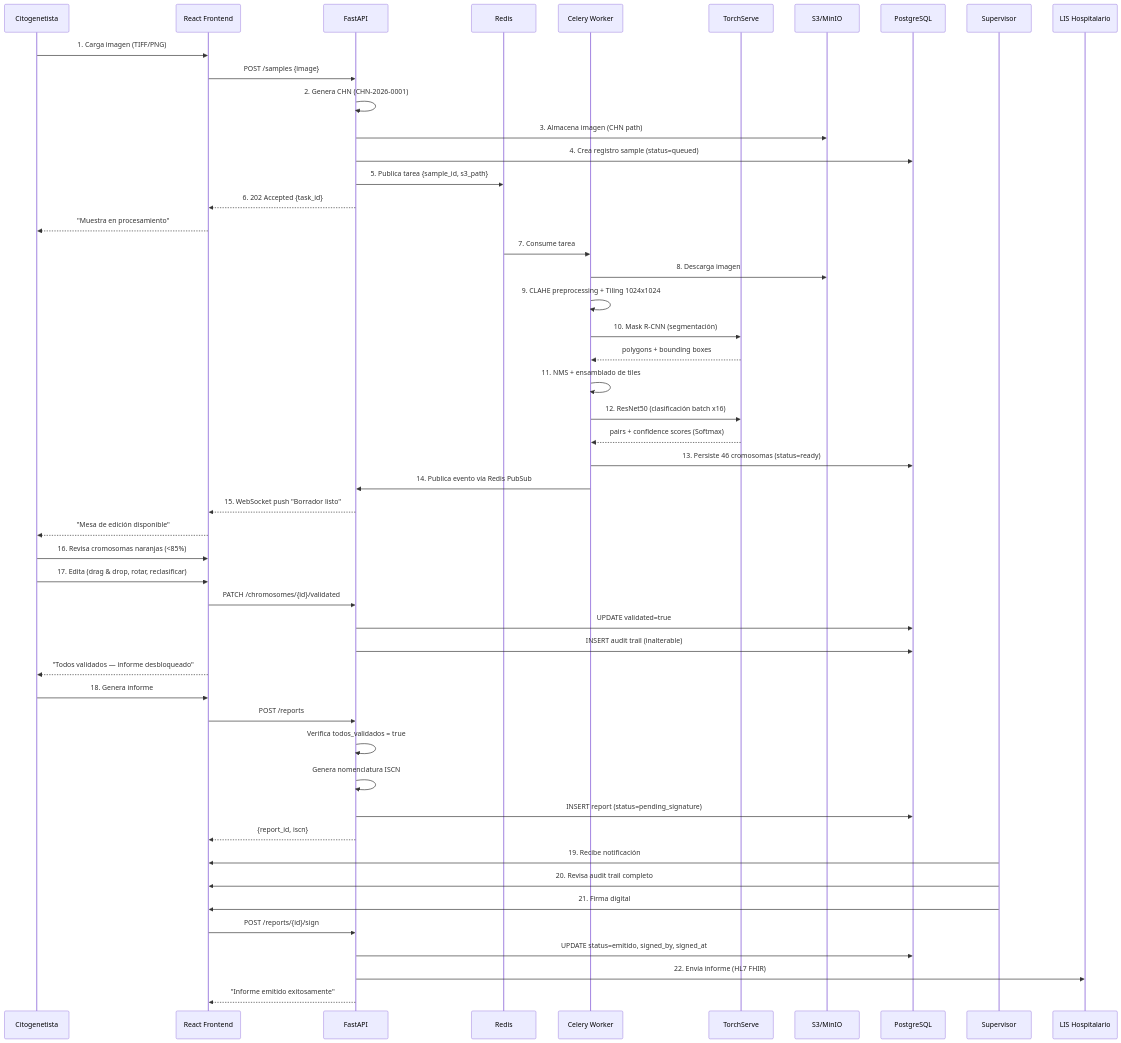
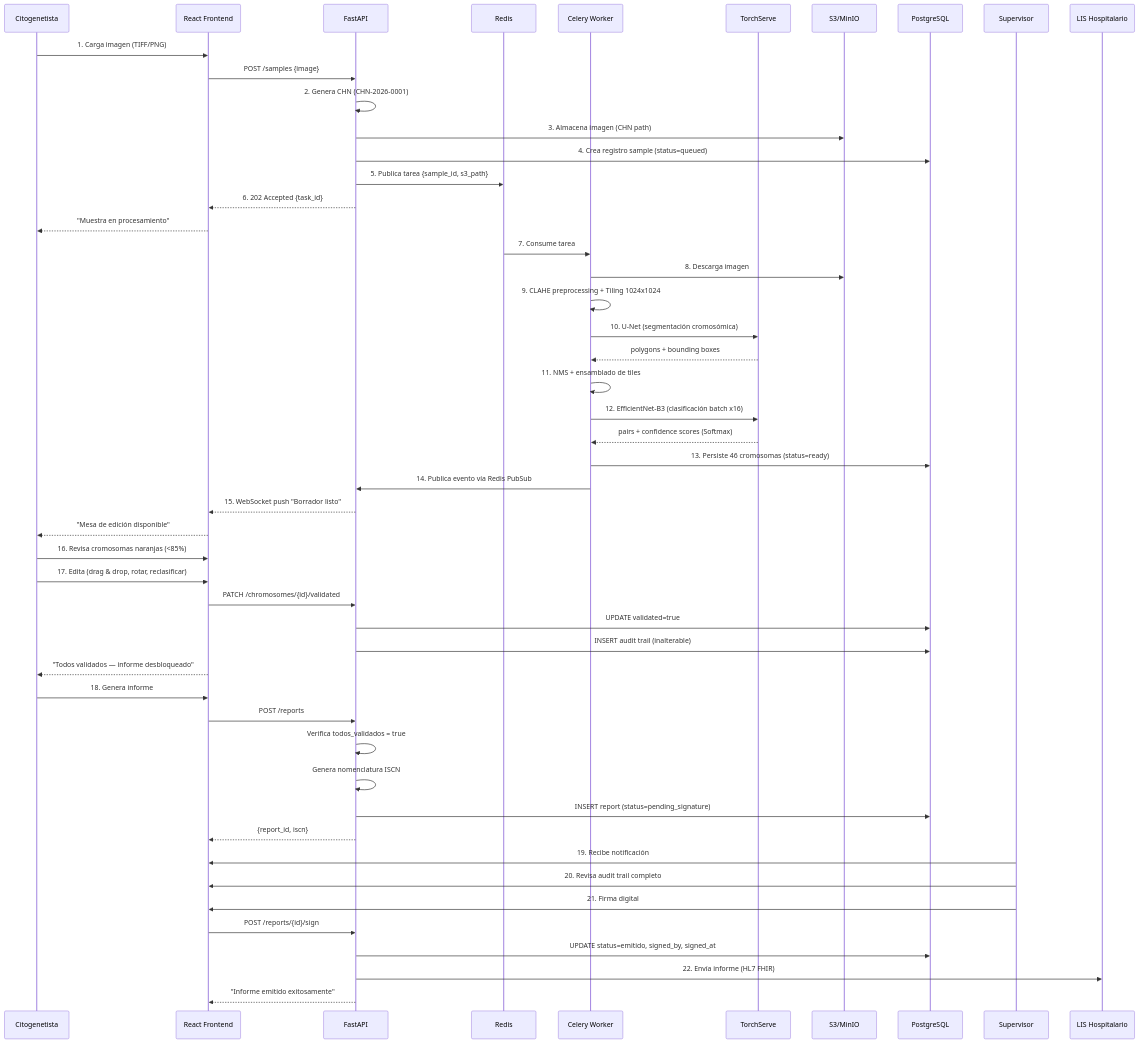
Before and after one commit to guillemc92/karyoumss: the fourth of 5 diagrams in docs/dti/DTI_borrador.md, drawn with Mermaid. The commit also changed other lines of this file and 4 other files, not shown here.

````diff
--- a/docs/dti/DTI_borrador.md
+++ b/docs/dti/DTI_borrador.md
@@ -388,57 +388,57 @@
 ```mermaid
 sequenceDiagram
     participant C as Citogenetista
     participant UI as React Frontend
     participant API as FastAPI
     participant R as Redis
     participant W as Celery Worker
     participant T as TorchServe
     participant S3 as S3/MinIO
     participant PG as PostgreSQL
     participant SUP as Supervisor
     participant LIS as LIS Hospitalario
 
     C->>UI: 1. Carga imagen (TIFF/PNG)
     UI->>API: POST /samples {image}
     API->>API: 2. Genera CHN (CHN-2026-0001)
     API->>S3: 3. Almacena imagen (CHN path)
     API->>PG: 4. Crea registro sample (status=queued)
     API->>R: 5. Publica tarea {sample_id, s3_path}
     API-->>UI: 6. 202 Accepted {task_id}
     UI-->>C: "Muestra en procesamiento"
 
     R->>W: 7. Consume tarea
     W->>S3: 8. Descarga imagen
     W->>W: 9. CLAHE preprocessing + Tiling 1024x1024
-    W->>T: 10. Mask R-CNN (segmentación)
+    W->>T: 10. U-Net (segmentación cromosómica)
     T-->>W: polygons + bounding boxes
     W->>W: 11. NMS + ensamblado de tiles
-    W->>T: 12. ResNet50 (clasificación batch x16)
+    W->>T: 12. EfficientNet-B3 (clasificación batch x16)
     T-->>W: pairs + confidence scores (Softmax)
     W->>PG: 13. Persiste 46 cromosomas (status=ready)
     W->>API: 14. Publica evento vía Redis PubSub
     API-->>UI: 15. WebSocket push "Borrador listo"
     UI-->>C: "Mesa de edición disponible"
 
     C->>UI: 16. Revisa cromosomas naranjas (<85%)
     C->>UI: 17. Edita (drag & drop, rotar, reclasificar)
     UI->>API: PATCH /chromosomes/{id}/validated
     API->>PG: UPDATE validated=true
     API->>PG: INSERT audit trail (inalterable)
     UI-->>C: "Todos validados — informe desbloqueado"
 
     C->>UI: 18. Genera informe
     UI->>API: POST /reports
     API->>API: Verifica todos_validados = true
     API->>API: Genera nomenclatura ISCN
     API->>PG: INSERT report (status=pending_signature)
     API-->>UI: {report_id, iscn}
 
     SUP->>UI: 19. Recibe notificación
     SUP->>UI: 20. Revisa audit trail completo
     SUP->>UI: 21. Firma digital
     UI->>API: POST /reports/{id}/sign
     API->>PG: UPDATE status=emitido, signed_by, signed_at
     API->>LIS: 22. Envía informe (HL7 FHIR)
     API-->>UI: "Informe emitido exitosamente"
 ```
````
